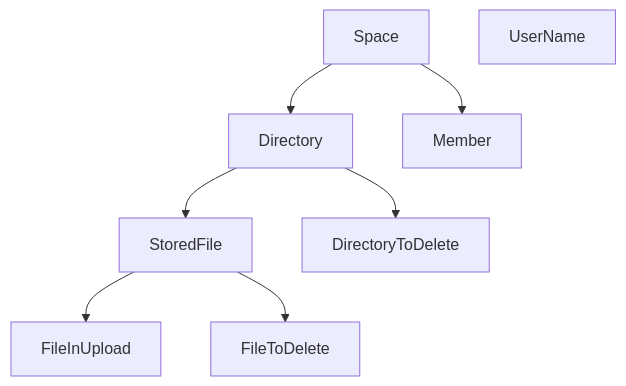
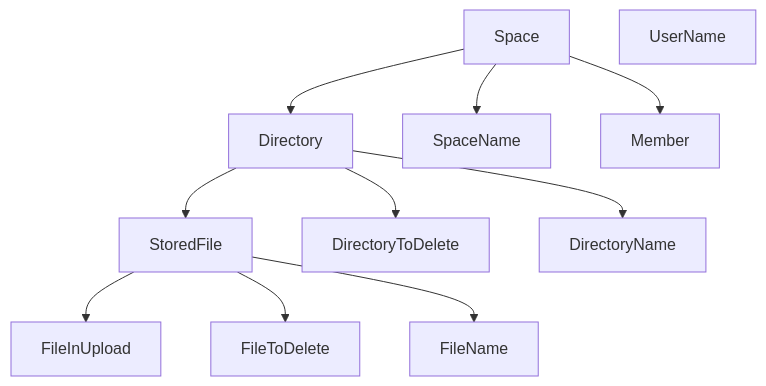
Before and after one commit to edenhoferMarco/storify: the first of 2 diagrams in docs/domain/CONTEXT.md, drawn with Mermaid. The commit also changed 1 other file, not shown here.

Commit message:
docs: model aggregates, entities and value objects

````diff
--- a/docs/domain/CONTEXT.md
+++ b/docs/domain/CONTEXT.md
@@ -5,11 +5,14 @@
 ```mermaid
 flowchart TB
     Space --> Directory
+    Space --> SpaceName
     Directory --> StoredFile
     Directory --> DirectoryToDelete
+    Directory --> DirectoryName
     StoredFile --> FileInUpload
     StoredFile --> FileToDelete
+    StoredFile --> FileName
 
     Space --> Member
     UserName
 ```
````
